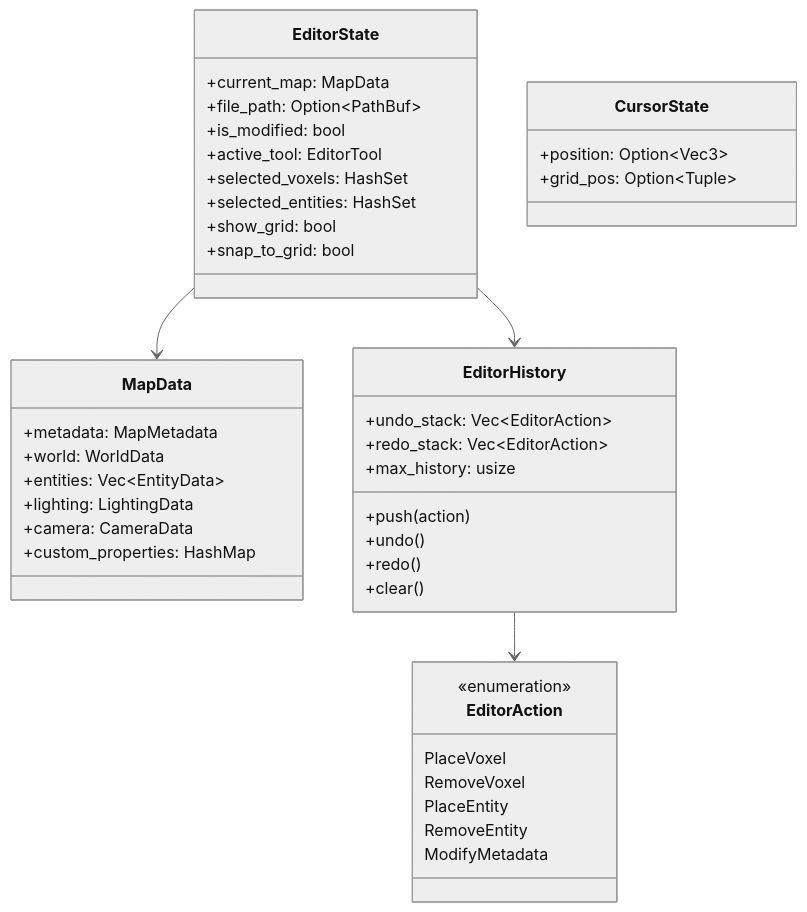
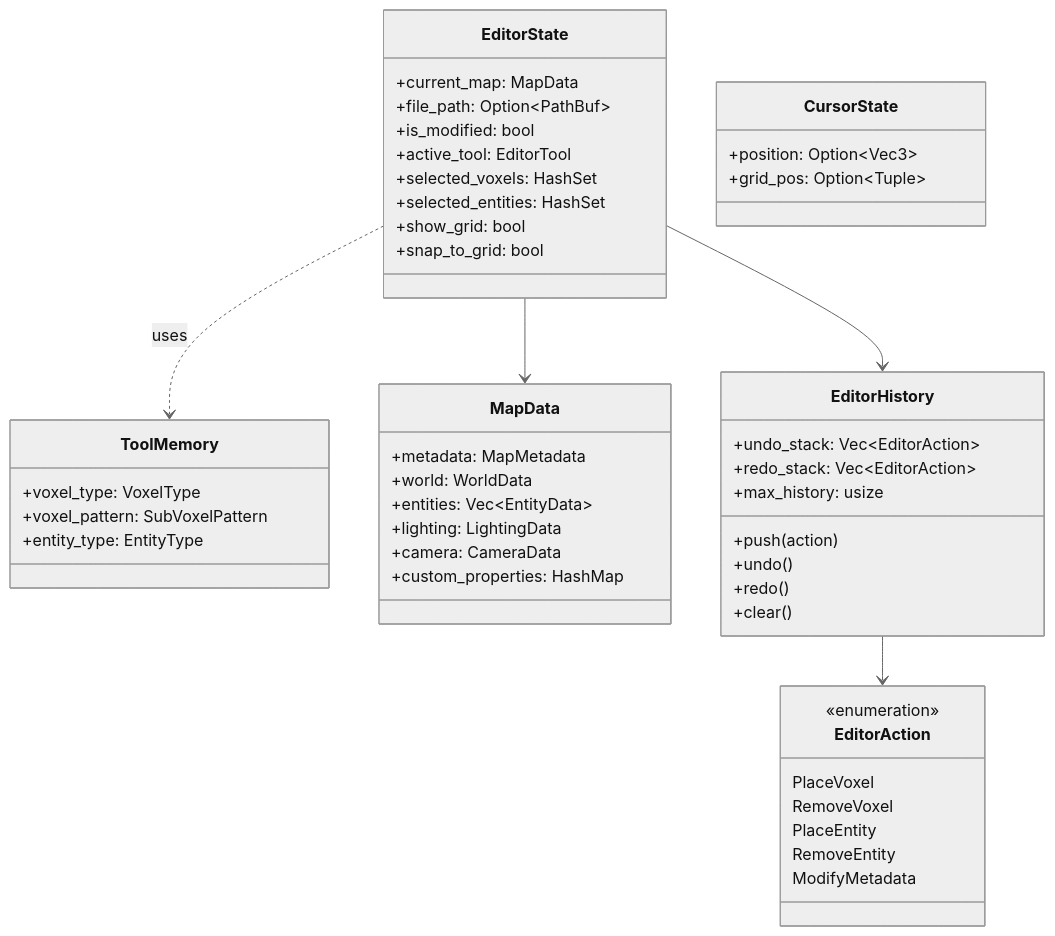
Before and after one commit to ctejada85/adrakestory: the sixth of 9 diagrams in docs/developer-guide/systems/map-editor/architecture.md, drawn with Mermaid (neutral theme). The commit also changed other lines of this file and 3 other files, not shown here.

Commit message:
feat: Implement ToolMemory to remember last-used parameters for tools in the map editor

````diff
--- a/docs/developer-guide/systems/map-editor/architecture.md
+++ b/docs/developer-guide/systems/map-editor/architecture.md
@@ -260,50 +260,57 @@
 ```mermaid
 classDiagram
     class EditorState {
         +current_map: MapData
         +file_path: Option~PathBuf~
         +is_modified: bool
         +active_tool: EditorTool
         +selected_voxels: HashSet
         +selected_entities: HashSet
         +show_grid: bool
         +snap_to_grid: bool
+    }
+    
+    class ToolMemory {
+        +voxel_type: VoxelType
+        +voxel_pattern: SubVoxelPattern
+        +entity_type: EntityType
     }
     
     class CursorState {
         +position: Option~Vec3~
         +grid_pos: Option~Tuple~
     }
     
     class MapData {
         +metadata: MapMetadata
         +world: WorldData
         +entities: Vec~EntityData~
         +lighting: LightingData
         +camera: CameraData
         +custom_properties: HashMap
     }
     
     class EditorHistory {
         +undo_stack: Vec~EditorAction~
         +redo_stack: Vec~EditorAction~
         +max_history: usize
         +push(action)
         +undo()
         +redo()
         +clear()
     }
     
     class EditorAction {
         <<enumeration>>
         PlaceVoxel
         RemoveVoxel
         PlaceEntity
         RemoveEntity
         ModifyMetadata
     }
     
     EditorState --> MapData
     EditorState --> EditorHistory
+    EditorState ..> ToolMemory : uses
     EditorHistory --> EditorAction
 ```
````
